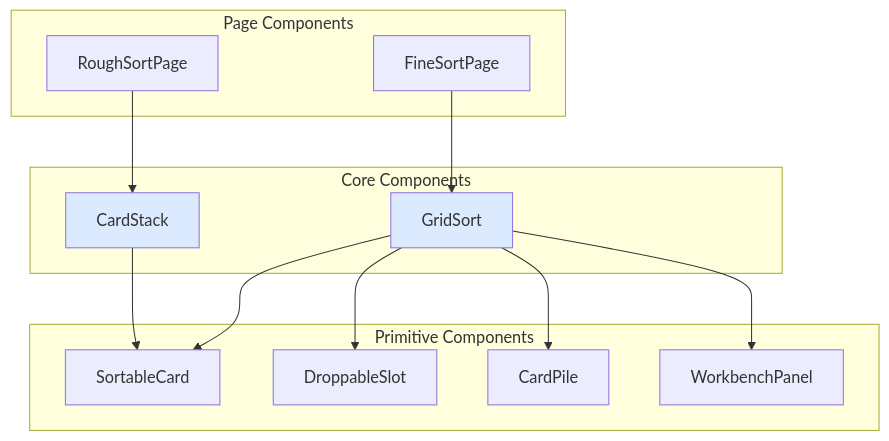
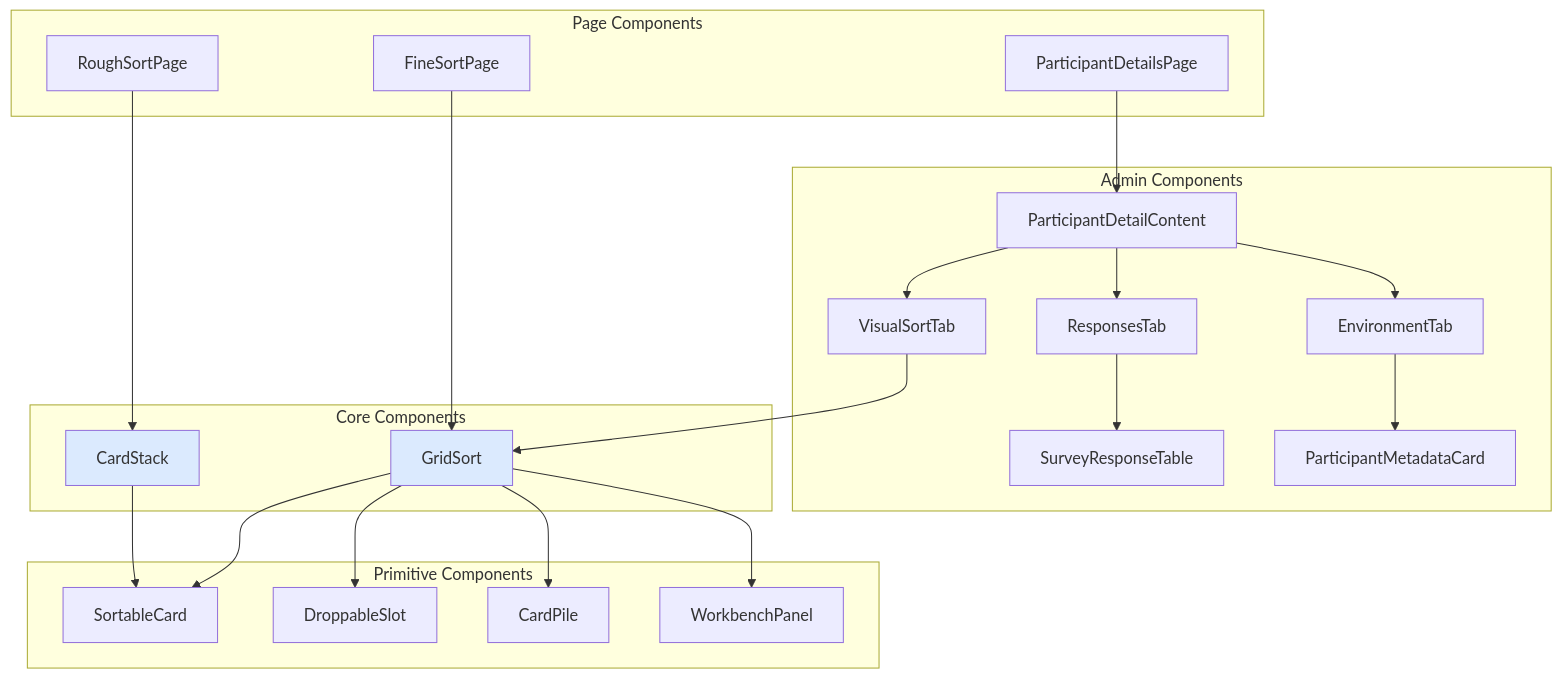
Before and after one commit to jvastenaekels/qualis: the diagram in docs/reference/components.md, drawn with Mermaid. The commit also changed other lines of this file and 5 other files, not shown here.

````diff
--- a/docs/reference/components.md
+++ b/docs/reference/components.md
@@ -9,31 +9,47 @@
 ```mermaid
 graph TD
     subgraph "Page Components"
         RSP[RoughSortPage]
         FSP[FineSortPage]
+        PDP[ParticipantDetailsPage]
+    end
+
+    subgraph "Admin Components"
+        PDC[ParticipantDetailContent]
+        PDC_V[VisualSortTab]
+        PDC_R[ResponsesTab]
+        PDC_E[EnvironmentTab]
+        SRT[SurveyResponseTable]
+        PMC[ParticipantMetadataCard]
     end
 
     subgraph "Core Components"
         CS[CardStack]
         GS[GridSort]
     end
 
     subgraph "Primitive Components"
         SC[SortableCard]
         DS[DroppableSlot]
         CP[CardPile]
         WB[WorkbenchPanel]
     end
 
+    PDP --> PDC
+    PDC --> PDC_V & PDC_R & PDC_E
+    PDC_V --> GS
+    PDC_R --> SRT
+    PDC_E --> PMC
+
     RSP --> CS
     CS --> SC
 
     FSP --> GS
     GS --> CP
     GS --> DS
     GS --> SC
     GS --> WB
 
     style CS fill:#dbeafe
     style GS fill:#dbeafe
 ```
````
